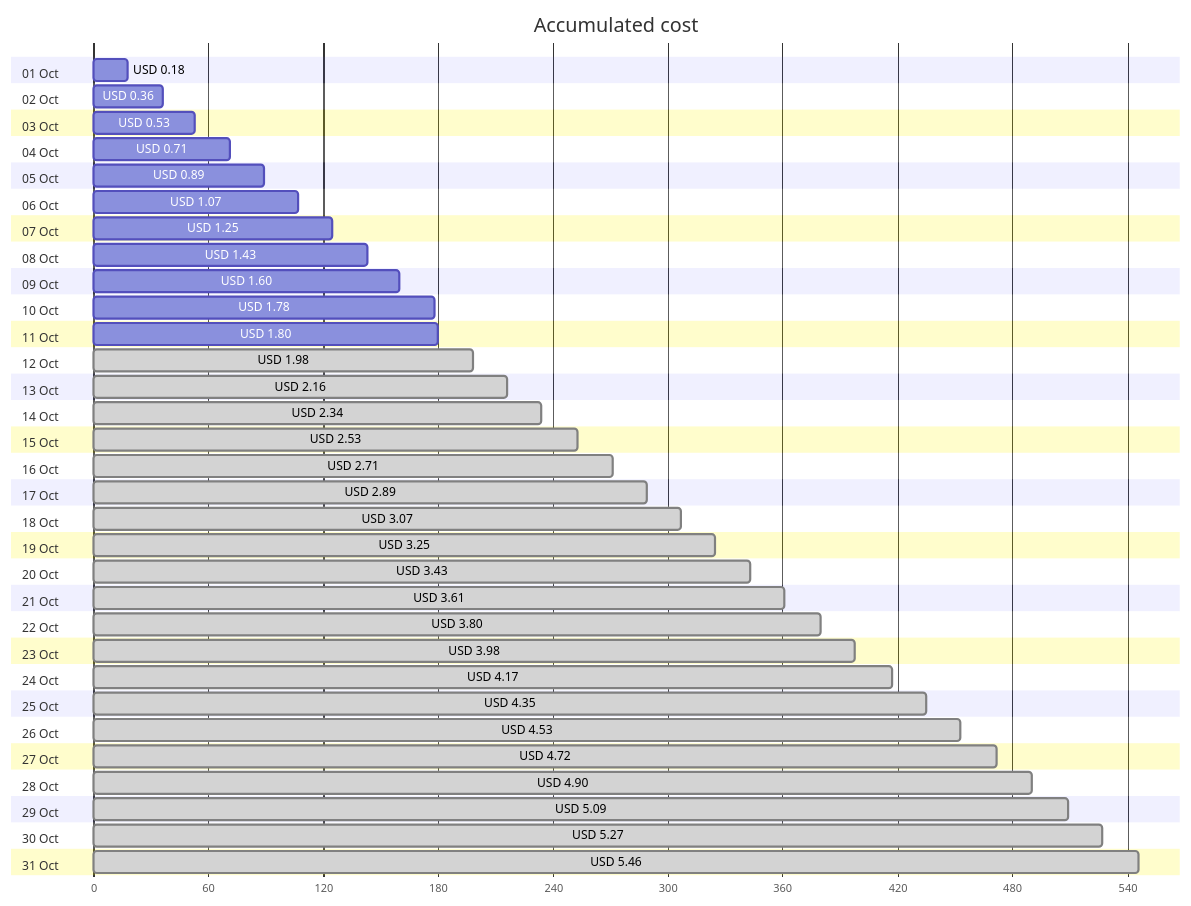
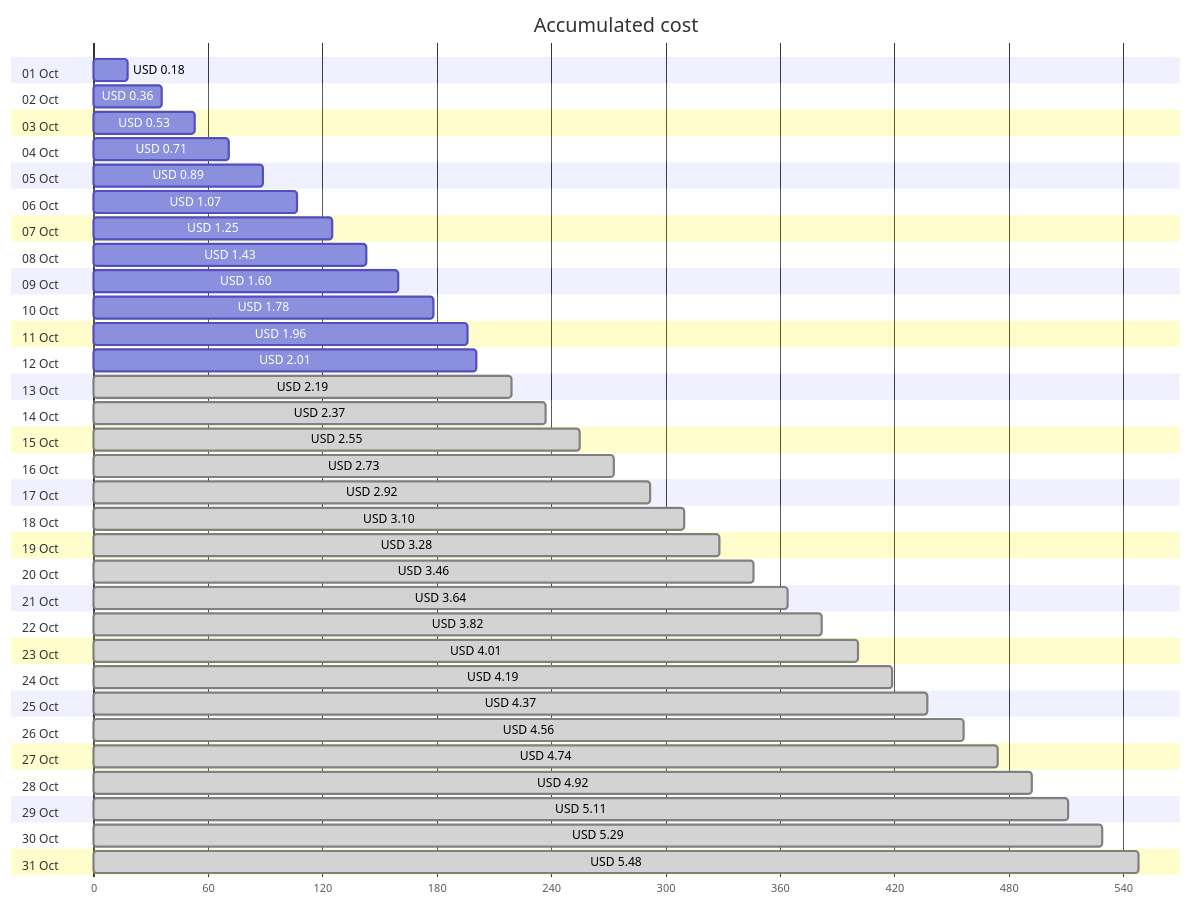
Before and after one commit to jpfulton/azure-personal-reports: the first of 4 diagrams in cost-reports/personal-network/backup-server.md, drawn with Mermaid. The commit also changed other lines of this file and 8 other files, not shown here.

````diff
--- a/cost-reports/personal-network/backup-server.md
+++ b/cost-reports/personal-network/backup-server.md
@@ -20,68 +20,68 @@
 ```mermaid
 gantt
    title Accumulated cost
    dateFormat  X
    axisFormat %s
    section 01 Oct
    USD 0.18 :0, 18
    section 02 Oct
    USD 0.36 :0, 36
    section 03 Oct
    USD 0.53 :0, 53
    section 04 Oct
    USD 0.71 :0, 71
    section 05 Oct
    USD 0.89 :0, 89
    section 06 Oct
    USD 1.07 :0, 107
    section 07 Oct
    USD 1.25 :0, 125
    section 08 Oct
    USD 1.43 :0, 143
    section 09 Oct
    USD 1.60 :0, 160
    section 10 Oct
    USD 1.78 :0, 178
    section 11 Oct
-   USD 1.80 :0, 180
+   USD 1.96 :0, 196
    section 12 Oct
-   USD 1.98 : done, 0, 198
+   USD 2.01 :0, 201
    section 13 Oct
-   USD 2.16 : done, 0, 216
+   USD 2.19 : done, 0, 219
    section 14 Oct
-   USD 2.34 : done, 0, 234
+   USD 2.37 : done, 0, 237
    section 15 Oct
-   USD 2.53 : done, 0, 253
+   USD 2.55 : done, 0, 255
    section 16 Oct
-   USD 2.71 : done, 0, 271
+   USD 2.73 : done, 0, 273
    section 17 Oct
-   USD 2.89 : done, 0, 289
+   USD 2.92 : done, 0, 292
    section 18 Oct
-   USD 3.07 : done, 0, 307
+   USD 3.10 : done, 0, 310
    section 19 Oct
-   USD 3.25 : done, 0, 325
+   USD 3.28 : done, 0, 328
    section 20 Oct
-   USD 3.43 : done, 0, 343
+   USD 3.46 : done, 0, 346
    section 21 Oct
-   USD 3.61 : done, 0, 361
+   USD 3.64 : done, 0, 364
    section 22 Oct
-   USD 3.80 : done, 0, 380
+   USD 3.82 : done, 0, 382
    section 23 Oct
-   USD 3.98 : done, 0, 398
+   USD 4.01 : done, 0, 401
    section 24 Oct
-   USD 4.17 : done, 0, 417
+   USD 4.19 : done, 0, 419
    section 25 Oct
-   USD 4.35 : done, 0, 435
+   USD 4.37 : done, 0, 437
    section 26 Oct
-   USD 4.53 : done, 0, 453
+   USD 4.56 : done, 0, 456
    section 27 Oct
-   USD 4.72 : done, 0, 472
+   USD 4.74 : done, 0, 474
    section 28 Oct
-   USD 4.90 : done, 0, 490
+   USD 4.92 : done, 0, 492
    section 29 Oct
-   USD 5.09 : done, 0, 509
+   USD 5.11 : done, 0, 511
    section 30 Oct
-   USD 5.27 : done, 0, 527
+   USD 5.29 : done, 0, 529
    section 31 Oct
-   USD 5.46 : done, 0, 546
+   USD 5.48 : done, 0, 548
 ```
````
